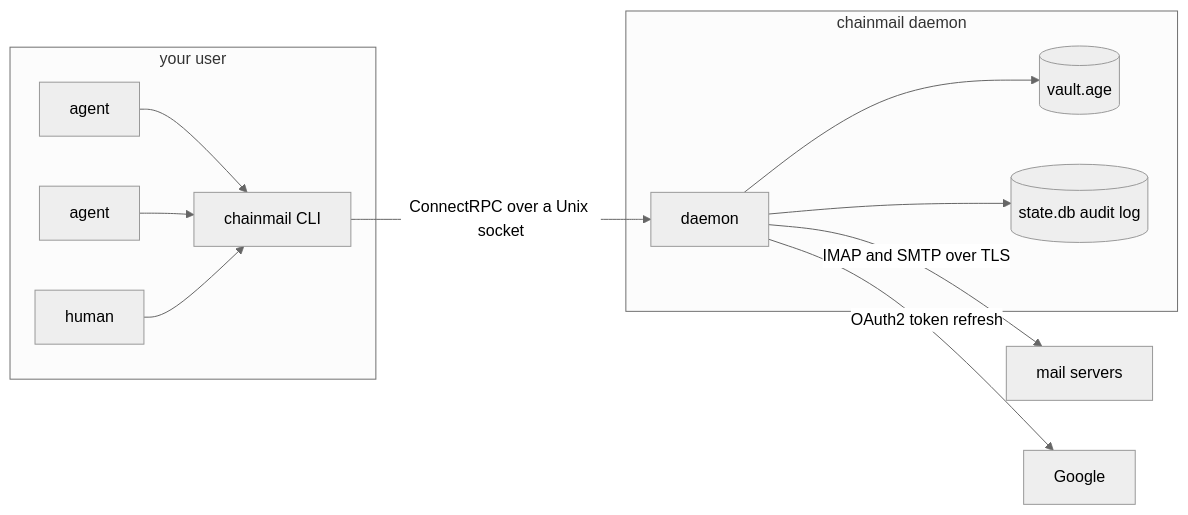
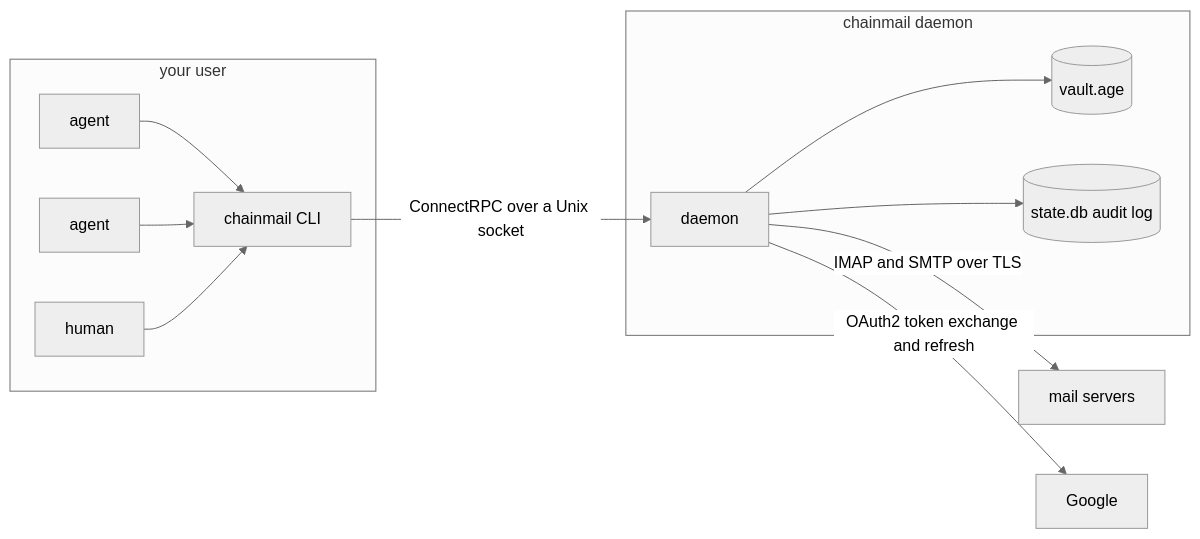
The diagram in README.md (yaklabco/chainmail), drawn with Mermaid (neutral theme) before and after one commit. The commit also changed other lines of this file, not shown here.

````diff
--- a/README.md
+++ b/README.md
@@ -7,15 +7,15 @@
 ```mermaid
 flowchart LR
   subgraph you["your user"]
     A1[agent] --> CLI[chainmail CLI]
     A2[agent] --> CLI
     H[human] --> CLI
   end
   CLI -- "ConnectRPC over a Unix socket" --> D
   subgraph daemon["chainmail daemon"]
     D[daemon] --> V[(vault.age)]
     D --> S[(state.db audit log)]
   end
   D -- "IMAP and SMTP over TLS" --> M[mail servers]
-  D -- "OAuth2 token refresh" --> G[Google]
+  D -- "OAuth2 token exchange and refresh" --> G[Google]
 ```
````
